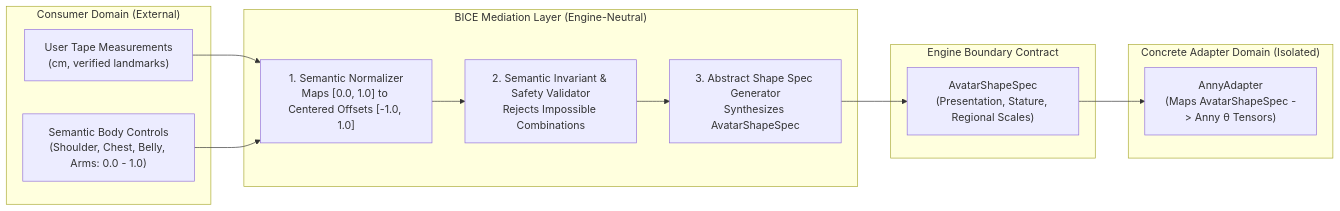
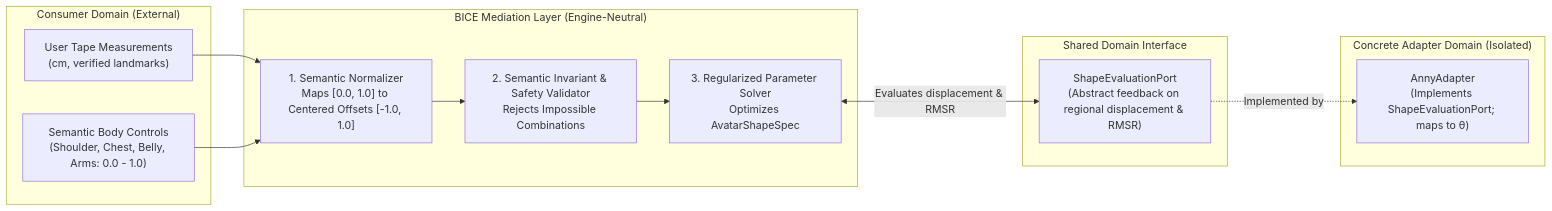
Before and after one commit to SnehaSwarnkar/WearWise: the diagram in WEARWISE-BODY-ENGINE/docs/architecture/BODY_INTELLIGENCE_DESIGN.md, drawn with Mermaid. The commit also changed other lines of this file, not shown here.

Commit message:
docs(bice): update BODY_INTELLIGENCE_DESIGN.md with ShapeEvaluationPort and decoupled statuses (Rev 1.2)

````diff
--- a/WEARWISE-BODY-ENGINE/docs/architecture/BODY_INTELLIGENCE_DESIGN.md
+++ b/WEARWISE-BODY-ENGINE/docs/architecture/BODY_INTELLIGENCE_DESIGN.md
@@ -23,28 +24,28 @@
 ```mermaid
 flowchart LR
     subgraph ConsumerDomain["Consumer Domain (External)"]
         TapeInput["User Tape Measurements<br>(cm, verified landmarks)"]
         Sliders["Semantic Body Controls<br>(Shoulder, Chest, Belly, Arms: 0.0 - 1.0)"]
     end
 
     subgraph BICELayer["BICE Mediation Layer (Engine-Neutral)"]
         Norm["1. Semantic Normalizer<br>Maps [0.0, 1.0] to Centered Offsets [-1.0, 1.0]"]
         Validator["2. Semantic Invariant & Safety Validator<br>Rejects Impossible Combinations"]
-        Solver["3. Abstract Shape Spec Generator<br>Synthesizes AvatarShapeSpec"]
+        Solver["3. Regularized Parameter Solver<br>Optimizes AvatarShapeSpec"]
     end
 
-    subgraph EngineContract["Engine Boundary Contract"]
-        ShapeSpec["AvatarShapeSpec<br>(Presentation, Stature, Regional Scales)"]
+    subgraph EvaluationPort["Shared Domain Interface"]
+        EvalPort["ShapeEvaluationPort<br>(Abstract feedback on regional displacement & RMSR)"]
     end
 
-    subgraph AdapterDomain["Concrete Adapter Domain (Isolated)"]
-        Adapter["AnnyAdapter<br>(Maps AvatarShapeSpec -> Anny θ Tensors)"]
+    subgraph EngineDomain["Concrete Adapter Domain (Isolated)"]
+        Adapter["AnnyAdapter<br>(Implements ShapeEvaluationPort; maps to θ)"]
     end
 
     TapeInput --> Norm
     Sliders --> Norm
     Norm --> Validator
     Validator --> Solver
-    Solver --> ShapeSpec
-    ShapeSpec --> Adapter
+    Solver <-->|Evaluates displacement & RMSR| EvalPort
+    EvalPort -.->|Implemented by| Adapter
 ```
````
